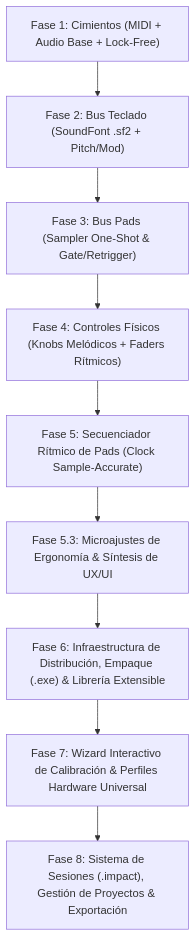
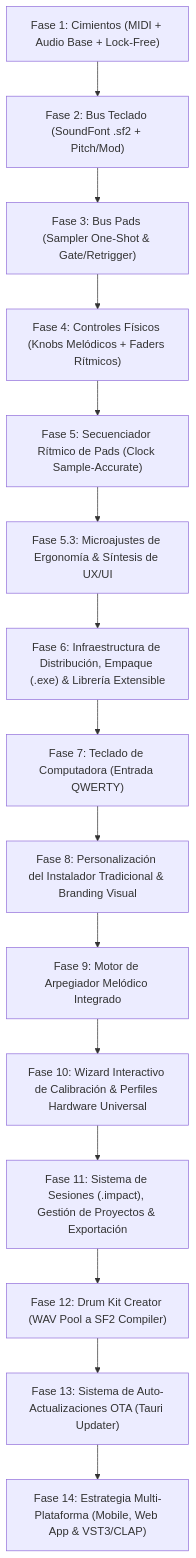
The diagram in PLAN_DE_TRABAJO.md (Vladivostok214/ImpactSamplerStudio), drawn with Mermaid before and after one commit. The commit also changed other lines of this file and 26 other files, not shown here.

First line of the commit message:
feat: Arpegiador melodico (Fase 9), Bahia Performance/FX unificada y MIDI Learn

````diff
--- a/PLAN_DE_TRABAJO.md
+++ b/PLAN_DE_TRABAJO.md
@@ -22,11 +22,17 @@
 ```mermaid
 flowchart TD
     F1["Fase 1: Cimientos (MIDI + Audio Base + Lock-Free)"] --> F2["Fase 2: Bus Teclado (SoundFont .sf2 + Pitch/Mod)"]
     F2 --> F3["Fase 3: Bus Pads (Sampler One-Shot & Gate/Retrigger)"]
     F3 --> F4["Fase 4: Controles Físicos (Knobs Melódicos + Faders Rítmicos)"]
     F4 --> F5["Fase 5: Secuenciador Rítmico de Pads (Clock Sample-Accurate)"]
     F5 --> F53["Fase 5.3: Microajustes de Ergonomía & Síntesis de UX/UI"]
     F53 --> F6["Fase 6: Infraestructura de Distribución, Empaque (.exe) & Librería Extensible"]
-    F6 --> F7["Fase 7: Wizard Interactivo de Calibración & Perfiles Hardware Universal"]
-    F7 --> F8["Fase 8: Sistema de Sesiones (.impact), Gestión de Proyectos & Exportación"]
+    F6 --> F7["Fase 7: Teclado de Computadora (Entrada QWERTY)"]
+    F7 --> F8["Fase 8: Personalización del Instalador Tradicional & Branding Visual"]
+    F8 --> F9["Fase 9: Motor de Arpegiador Melódico Integrado"]
+    F9 --> F10["Fase 10: Wizard Interactivo de Calibración & Perfiles Hardware Universal"]
+    F10 --> F11["Fase 11: Sistema de Sesiones (.impact), Gestión de Proyectos & Exportación"]
+    F11 --> F12["Fase 12: Drum Kit Creator (WAV Pool a SF2 Compiler)"]
+    F12 --> F13["Fase 13: Sistema de Auto-Actualizaciones OTA (Tauri Updater)"]
+    F13 --> F14["Fase 14: Estrategia Multi-Plataforma (Mobile, Web App & VST3/CLAP)"]
 ```
````
